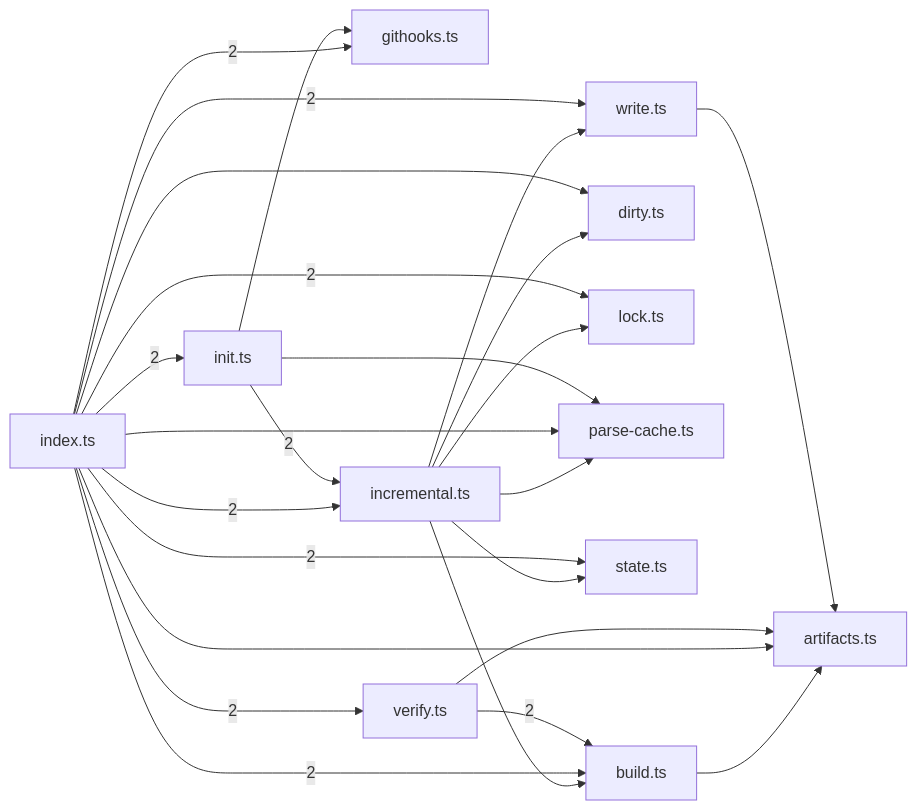
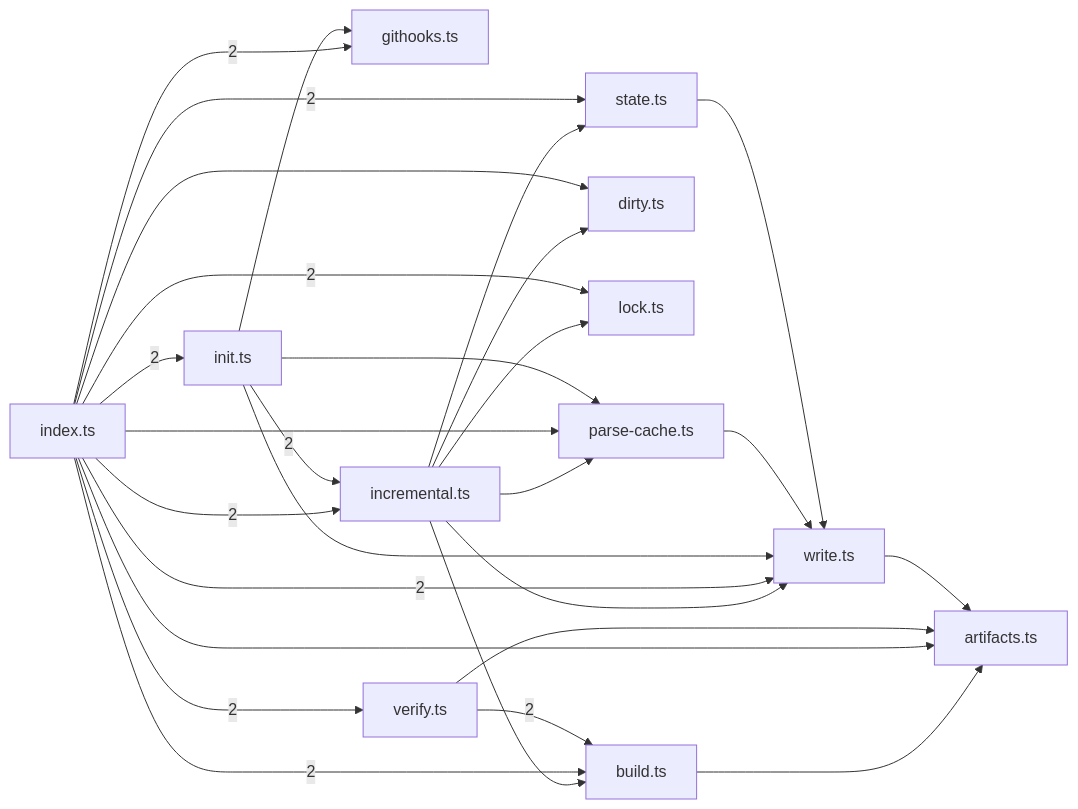
One commit to sns45/greplost changed the diagram in .greplost/packages/greplost__sync/MAP.md. Above: the diagram before and after it, drawn with Mermaid. The commit also changed other lines of this file and 97 other files, not shown here.

````diff
--- a/.greplost/packages/greplost__sync/MAP.md
+++ b/.greplost/packages/greplost__sync/MAP.md
@@ -44,39 +44,42 @@
 ```mermaid
 graph LR
   packages_sync_src_artifacts_ts["artifacts.ts"]
   packages_sync_src_build_ts["build.ts"]
   packages_sync_src_dirty_ts["dirty.ts"]
   packages_sync_src_githooks_ts["githooks.ts"]
   packages_sync_src_incremental_ts["incremental.ts"]
   packages_sync_src_index_ts["index.ts"]
   packages_sync_src_init_ts["init.ts"]
   packages_sync_src_lock_ts["lock.ts"]
   packages_sync_src_parse_cache_ts["parse-cache.ts"]
   packages_sync_src_state_ts["state.ts"]
   packages_sync_src_verify_ts["verify.ts"]
   packages_sync_src_write_ts["write.ts"]
   packages_sync_src_build_ts --> packages_sync_src_artifacts_ts
   packages_sync_src_incremental_ts --> packages_sync_src_build_ts
   packages_sync_src_incremental_ts --> packages_sync_src_dirty_ts
   packages_sync_src_incremental_ts --> packages_sync_src_lock_ts
   packages_sync_src_incremental_ts --> packages_sync_src_parse_cache_ts
   packages_sync_src_incremental_ts --> packages_sync_src_state_ts
   packages_sync_src_incremental_ts --> packages_sync_src_write_ts
   packages_sync_src_index_ts --> packages_sync_src_artifacts_ts
   packages_sync_src_index_ts -->|2| packages_sync_src_build_ts
   packages_sync_src_index_ts --> packages_sync_src_dirty_ts
   packages_sync_src_index_ts -->|2| packages_sync_src_githooks_ts
   packages_sync_src_index_ts -->|2| packages_sync_src_incremental_ts
   packages_sync_src_index_ts -->|2| packages_sync_src_init_ts
   packages_sync_src_index_ts -->|2| packages_sync_src_lock_ts
   packages_sync_src_index_ts --> packages_sync_src_parse_cache_ts
   packages_sync_src_index_ts -->|2| packages_sync_src_state_ts
   packages_sync_src_index_ts -->|2| packages_sync_src_verify_ts
   packages_sync_src_index_ts -->|2| packages_sync_src_write_ts
   packages_sync_src_init_ts --> packages_sync_src_githooks_ts
   packages_sync_src_init_ts -->|2| packages_sync_src_incremental_ts
   packages_sync_src_init_ts --> packages_sync_src_parse_cache_ts
+  packages_sync_src_init_ts --> packages_sync_src_write_ts
+  packages_sync_src_parse_cache_ts --> packages_sync_src_write_ts
+  packages_sync_src_state_ts --> packages_sync_src_write_ts
   packages_sync_src_verify_ts --> packages_sync_src_artifacts_ts
   packages_sync_src_verify_ts -->|2| packages_sync_src_build_ts
   packages_sync_src_write_ts --> packages_sync_src_artifacts_ts
 ```
````
